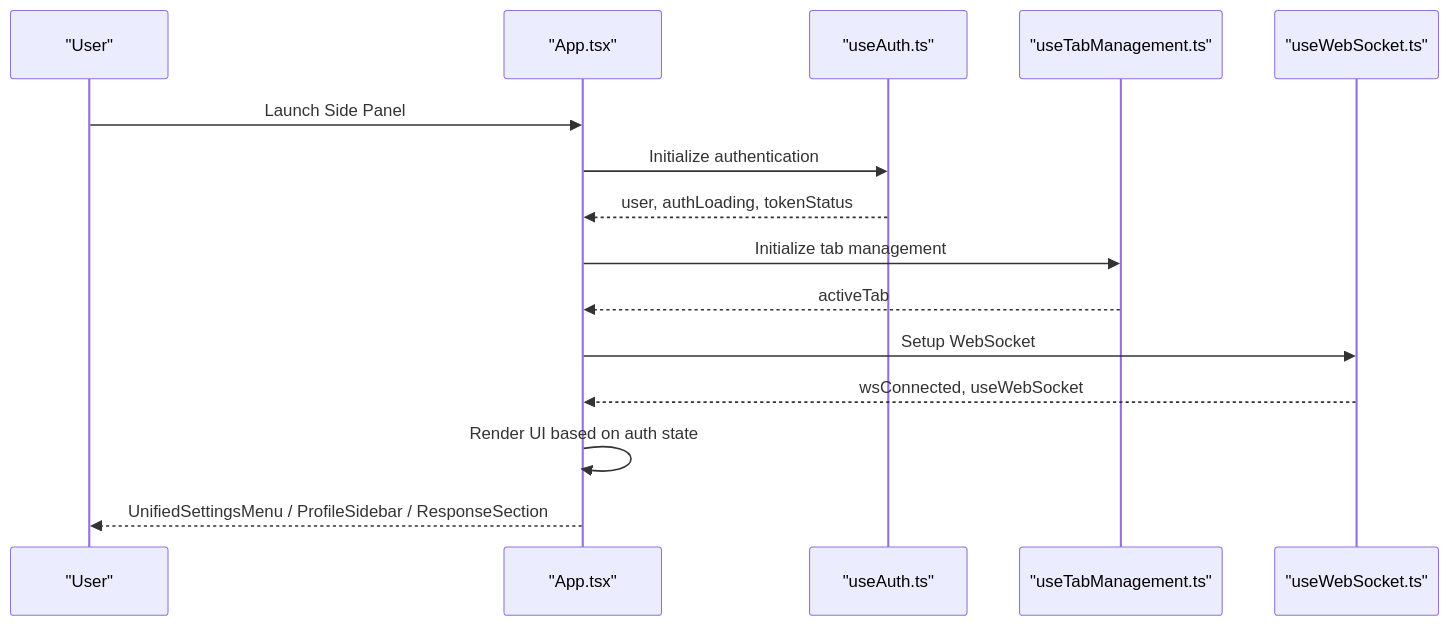
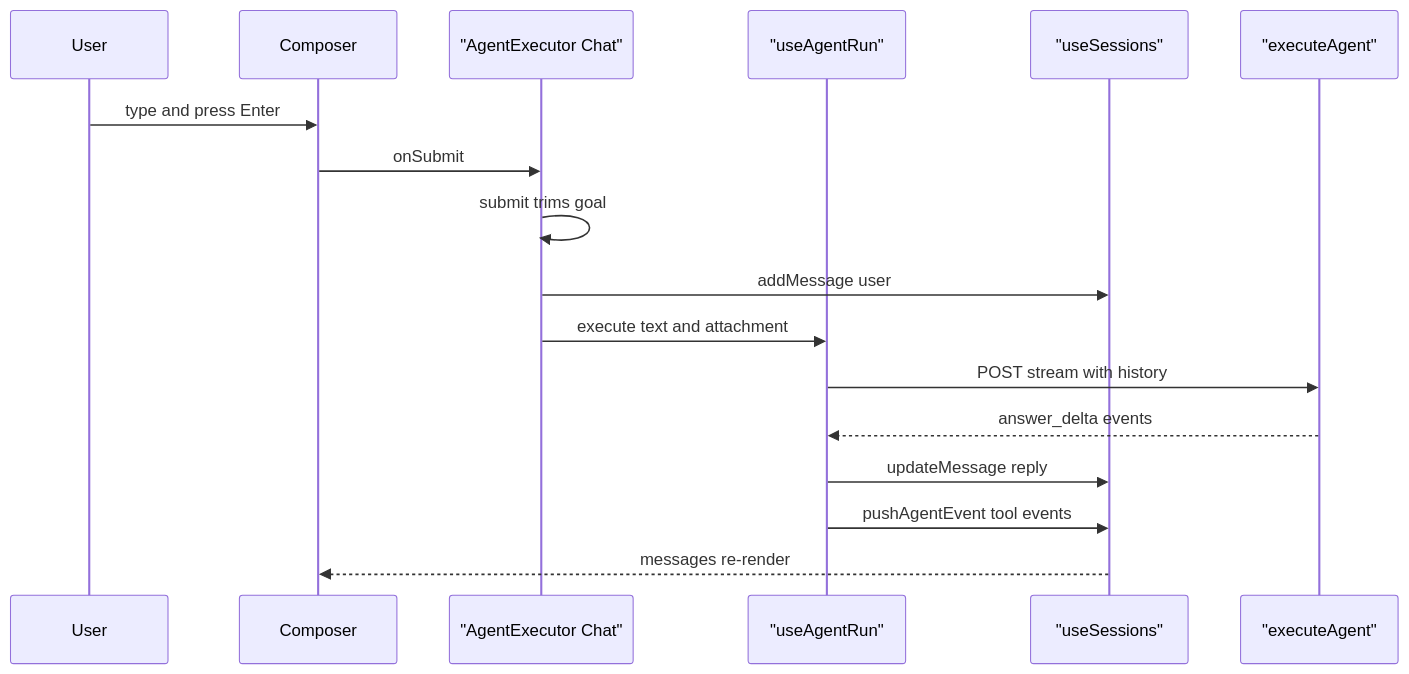
One commit to tashifkhan/tashif.codes changed the second of 5 diagrams in src/data/docs/agentic-browser/Browser Extension/Side Panel UI Components.md. Above: the diagram before and after it, drawn with Mermaid. The commit also changed other lines of this file and 114 other files, not shown here.

````diff
--- a/src/data/docs/agentic-browser/Browser Extension/Side Panel UI Components.md
+++ b/src/data/docs/agentic-browser/Browser Extension/Side Panel UI Components.md
@@ -82,17 +72,20 @@
 ```mermaid
 sequenceDiagram
-participant User as "User"
-participant App as "App.tsx"
-participant Auth as "useAuth.ts"
-participant Tabs as "useTabManagement.ts"
-participant WS as "useWebSocket.ts"
-User->>App : Launch Side Panel
-App->>Auth : Initialize authentication
-Auth-->>App : user, authLoading, tokenStatus
-App->>Tabs : Initialize tab management
-Tabs-->>App : activeTab
-App->>WS : Setup WebSocket
-WS-->>App : wsConnected, useWebSocket
-App->>App : Render UI based on auth state
-App-->>User : UnifiedSettingsMenu / ProfileSidebar / ResponseSection
+  participant User
+  participant Composer
+  participant Chat as "AgentExecutor Chat"
+  participant Run as "useAgentRun"
+  participant Sessions as "useSessions"
+  participant API as "executeAgent"
+
+  User->>Composer: type and press Enter
+  Composer->>Chat: onSubmit
+  Chat->>Chat: submit trims goal
+  Chat->>Sessions: addMessage user
+  Chat->>Run: execute text and attachment
+  Run->>API: POST stream with history
+  API-->>Run: answer_delta events
+  Run->>Sessions: updateMessage reply
+  Run->>Sessions: pushAgentEvent tool events
+  Sessions-->>Composer: messages re-render
 ```
````
